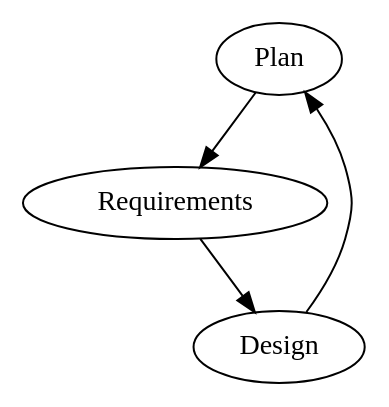
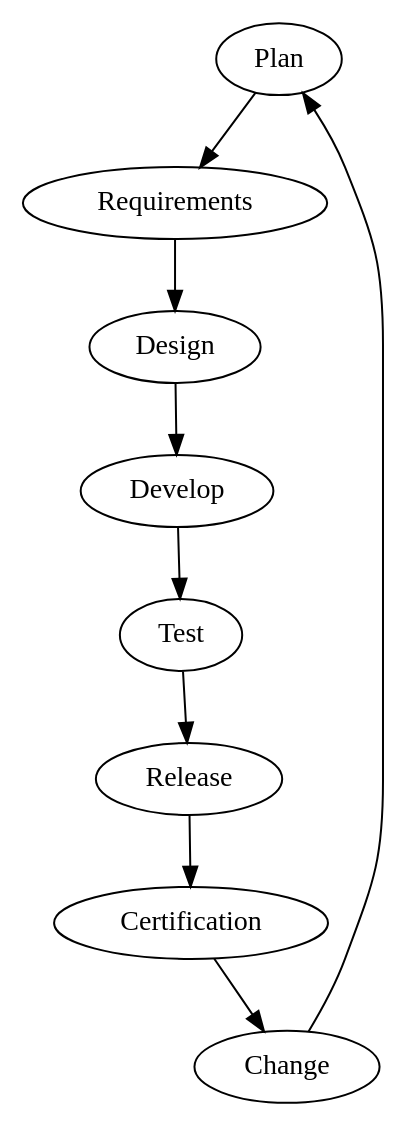
One commit to UPPMAX/programming_formalisms_intro changed the diagram in doc/sdlc.md. Above: the diagram before and after it, drawn with Graphviz.

````diff
--- a/doc/sdlc.md
+++ b/doc/sdlc.md
@@ -41,5 +41,5 @@
 ```{graphviz}
 digraph {
-   "Plan" -> "Requirements" -> "Design" -> "Plan";
+   "Plan" -> "Requirements" -> "Design" -> "Develop" -> Test -> Release -> Certification -> Change -> "Plan";
 }
 ```
````
